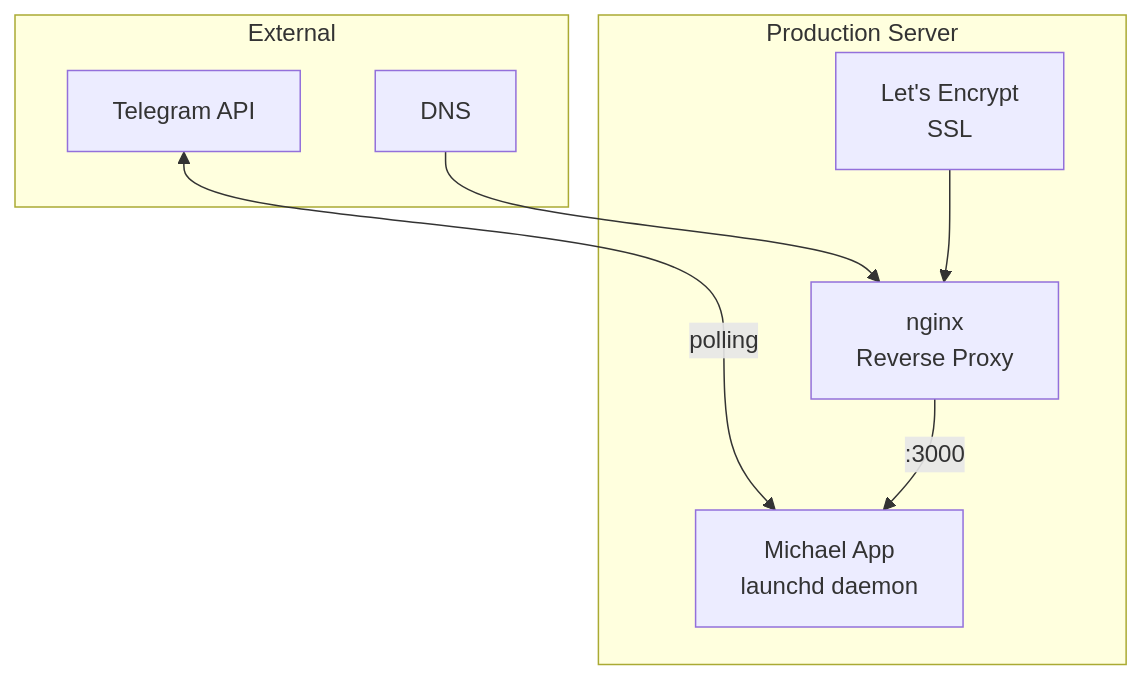
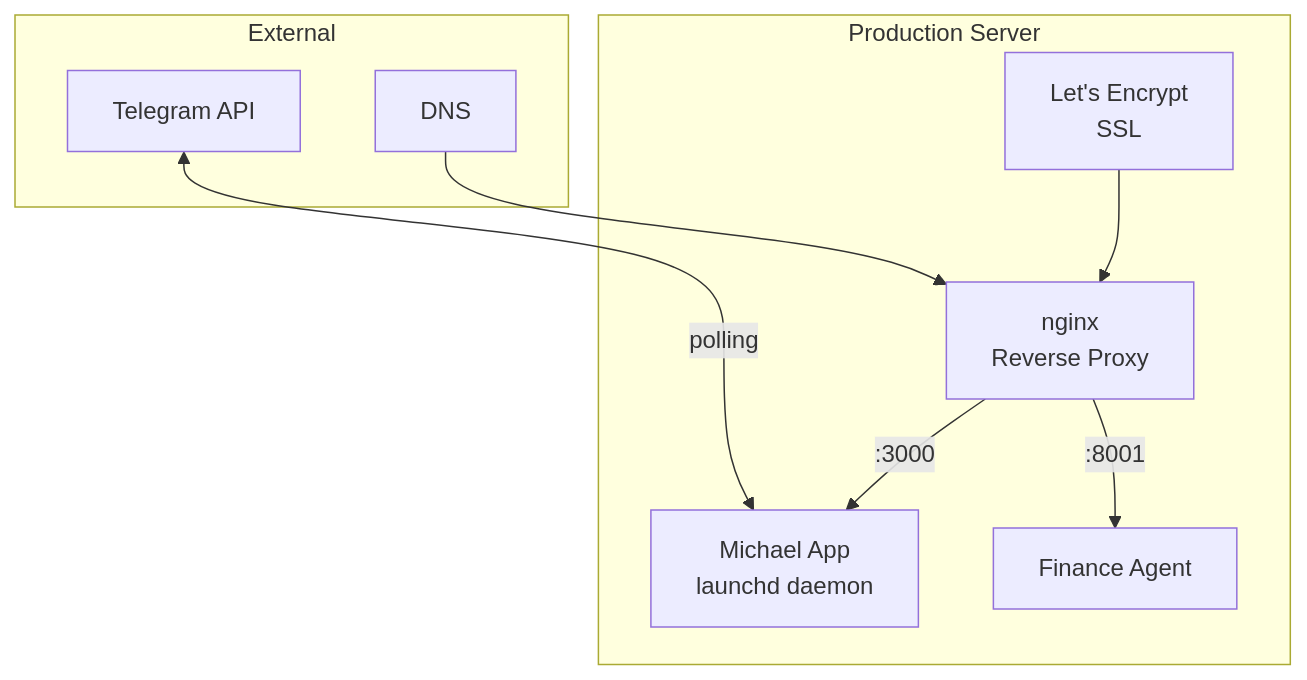
Diagram 20 of 20 in docs/ARCHITECTURE.md (ldmrepo/michael), drawn with Mermaid before and after one commit. The commit also changed other lines of this file, not shown here.

First line of the commit message:
docs: ARCHITECTURE.md 업데이트 - Finance Agent 아키텍처 추가

````diff
--- a/docs/ARCHITECTURE.md
+++ b/docs/ARCHITECTURE.md
@@ -594,18 +768,20 @@
 ```mermaid
 graph TB
     subgraph Server["Production Server"]
         NGINX[nginx<br/>Reverse Proxy]
         APP[Michael App<br/>launchd daemon]
+        FINANCE[Finance Agent]
         CERT[Let's Encrypt<br/>SSL]
     end
 
     subgraph External["External"]
         TG[Telegram API]
         DNS[DNS]
     end
 
     DNS --> NGINX
     CERT --> NGINX
     NGINX -->|:3000| APP
+    NGINX -->|:8001| FINANCE
     TG <-->|polling| APP
 ```
````
